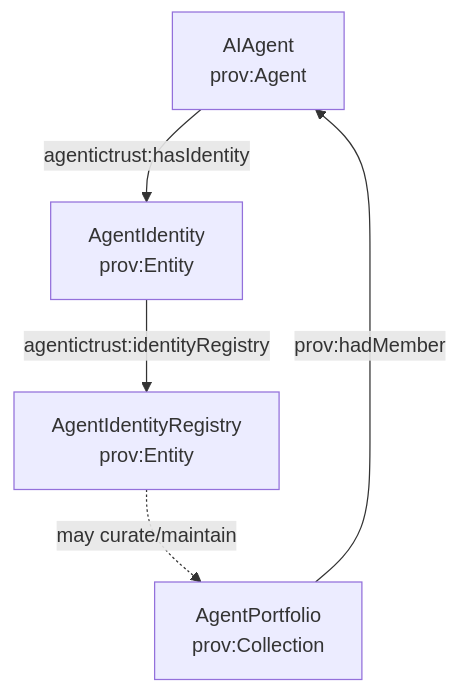
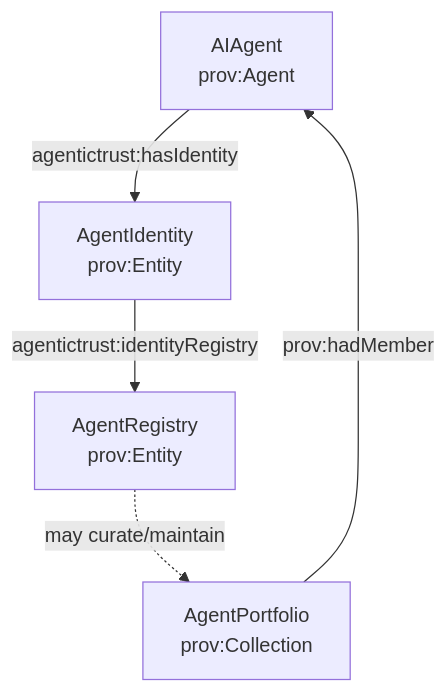
One commit to Agentic-Trust-Layer/agent-explorer changed the diagram in docs/ontology/agent-registry.md. Above: the diagram before and after it, drawn with Mermaid. The commit also changed other lines of this file and 7 other files, not shown here.

Commit message:
changed AgentIdentityRegistry to AgentRegistry and updated agent application verification documentation

````diff
--- a/docs/ontology/agent-registry.md
+++ b/docs/ontology/agent-registry.md
@@ -32,12 +32,12 @@
 ```mermaid
 graph TB
   Agent["AIAgent\nprov:Agent"]
   Identity["AgentIdentity\nprov:Entity"]
-  Registry["AgentIdentityRegistry\nprov:Entity"]
+  Registry["AgentRegistry\nprov:Entity"]
   Portfolio["AgentPortfolio\nprov:Collection"]
 
   Agent -->|agentictrust:hasIdentity| Identity
   Identity -->|agentictrust:identityRegistry| Registry
   Portfolio -->|prov:hadMember| Agent
   Registry -. "may curate/maintain" .-> Portfolio
 ```
````
